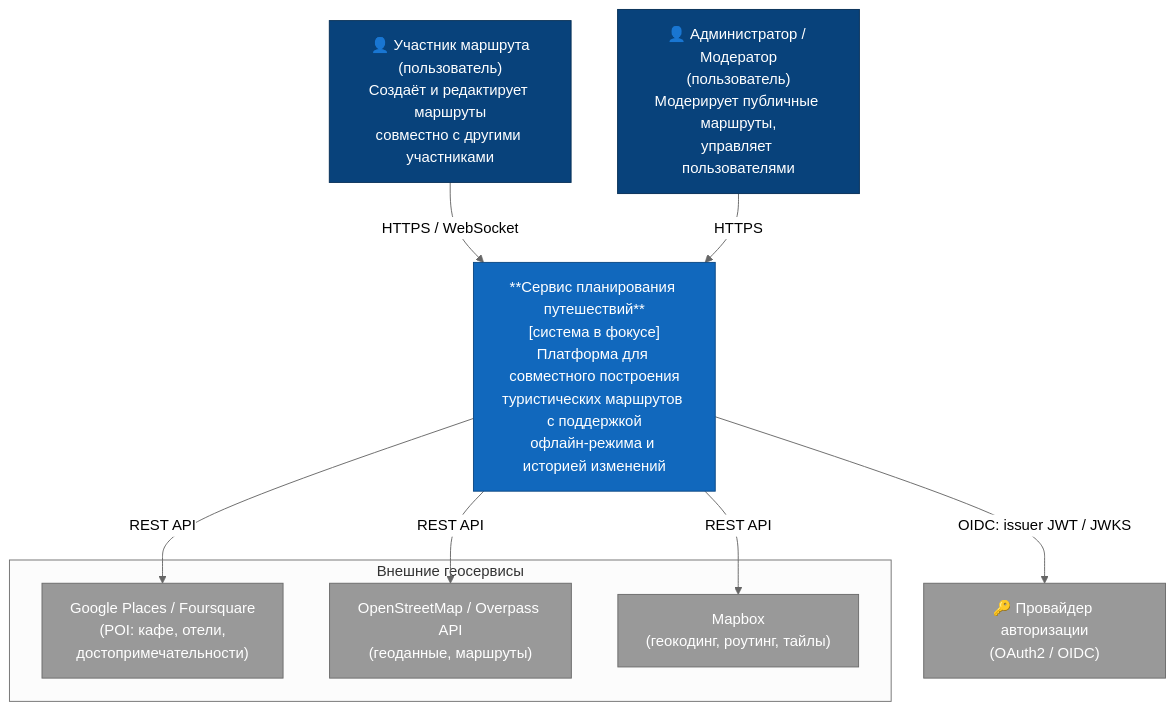
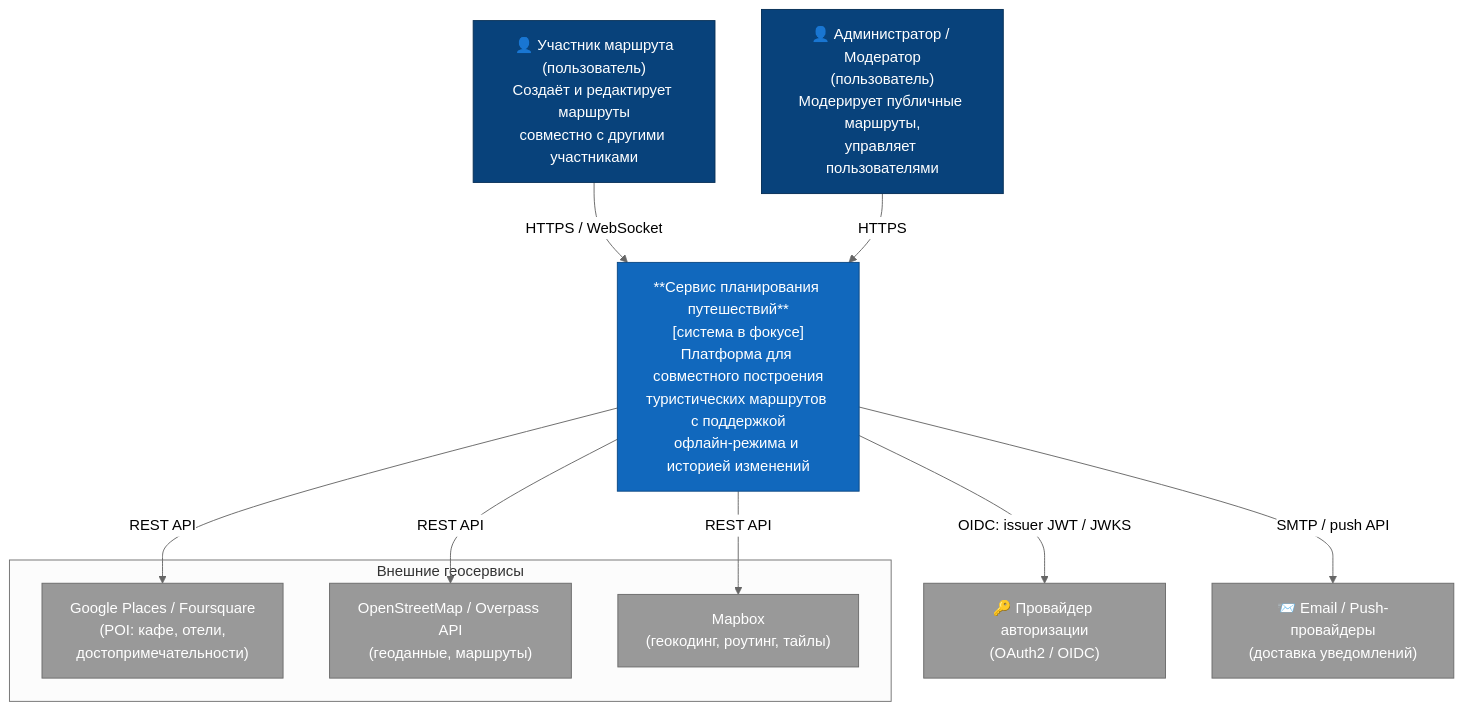
Before and after one commit to SeGeGha/otus-architecture: the diagram in docs/views/c4-context.md, drawn with Mermaid (neutral theme). The commit also changed other lines of this file and 7 other files, not shown here.

````diff
--- a/docs/views/c4-context.md
+++ b/docs/views/c4-context.md
@@ -7,30 +7,32 @@
 ```mermaid
 flowchart TB
     user["👤 Участник маршрута\n(пользователь)\nСоздаёт и редактирует маршруты\nсовместно с другими участниками"]
     admin["👤 Администратор / Модератор\n(пользователь)\nМодерирует публичные маршруты,\nуправляет пользователями"]
 
     system["**Сервис планирования путешествий**\n[система в фокусе]\nПлатформа для совместного построения\nтуристических маршрутов с поддержкой\nофлайн-режима и историей изменений"]
 
     subgraph geo["Внешние геосервисы"]
         poi["Google Places / Foursquare\n(POI: кафе, отели,\nдостопримечательности)"]
         osm["OpenStreetMap / Overpass API\n(геоданные, маршруты)"]
         mapbox["Mapbox\n(геокодинг, роутинг, тайлы)"]
     end
 
     idp["🔑 Провайдер авторизации\n(OAuth2 / OIDC)"]
+    delivery["📨 Email / Push-провайдеры\n(доставка уведомлений)"]
 
     user -->|"HTTPS / WebSocket"| system
     admin -->|"HTTPS"| system
 
     system -->|"REST API"| poi
     system -->|"REST API"| osm
     system -->|"REST API"| mapbox
     system -->|"OIDC: issuer JWT / JWKS"| idp
+    system -->|"SMTP / push API"| delivery
 
     classDef focus fill:#1168bd,stroke:#0b4884,color:#ffffff;
     classDef person fill:#08427b,stroke:#052e56,color:#ffffff;
     classDef external fill:#999999,stroke:#6b6b6b,color:#ffffff;
     class system focus;
     class user,admin person;
-    class poi,osm,mapbox,idp external;
+    class poi,osm,mapbox,idp,delivery external;
 ```
````
